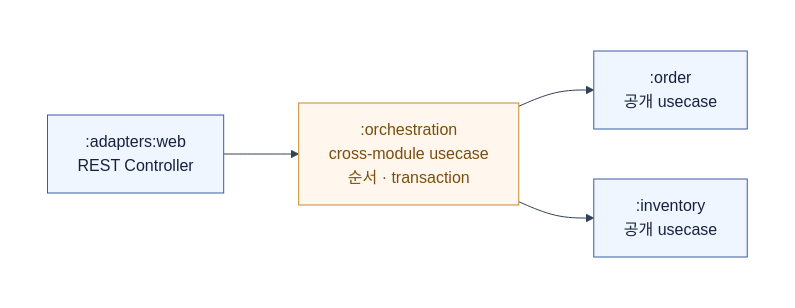
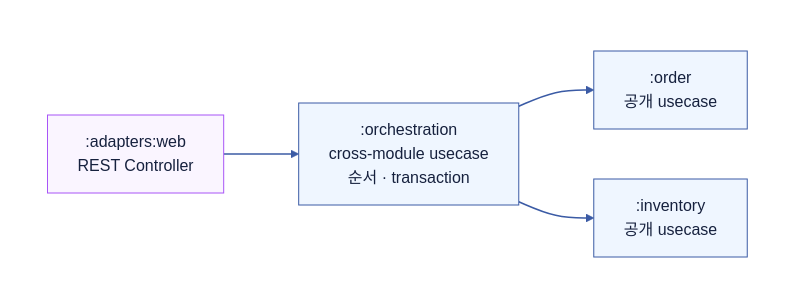
The second of 2 diagrams in system-design/2607-spring-멀티모듈-헥사고날-패키징.md (Hyune-s-lab/my-ai-study), drawn with Mermaid before and after one commit. The commit also changed other lines of this file and 28 other files, not shown here.

Commit message:
docs: Mermaid 호환성과 문서 가독성 개선

````diff
--- a/system-design/2607-spring-멀티모듈-헥사고날-패키징.md
+++ b/system-design/2607-spring-멀티모듈-헥사고날-패키징.md
@@ -587,25 +576,18 @@
 ```mermaid
----
-config:
-  theme: base
-  darkMode: false
-  themeVariables:
-    background: "#ffffff"
-    primaryTextColor: "#111827"
-    lineColor: "#334155"
-    edgeLabelBackground: "#ffffff"
----
 flowchart LR
+%%{init: {"theme": "base", "darkMode": false, "themeVariables": {"background": "#ffffff", "primaryColor": "#EFF6FF", "primaryTextColor": "#16213E", "primaryBorderColor": "#3B5BA5", "secondaryColor": "#F0FDF4", "tertiaryColor": "#FAF5FF", "lineColor": "#3B5BA5", "textColor": "#16213E", "edgeLabelBackground": "#ffffff", "clusterBkg": "#F8FAFC", "clusterBorder": "#CBD5E1"}}}%%
   subgraph canvas[" "]
     direction LR
     WEB[":adapters:web<br/>REST Controller"] --> ORCH[":orchestration<br/>cross-module usecase<br/>순서 · transaction"]
     ORCH --> ORDER[":order<br/>공개 usecase"]
     ORCH --> INV[":inventory<br/>공개 usecase"]
   end
-
+  style canvas fill:#ffffff,stroke:#ffffff,color:#111827
+  linkStyle default stroke:#3B5BA5,stroke-width:1.5px
   classDef app fill:#EFF6FF,stroke:#3B5BA5,stroke-width:1px,color:#16213E
-  classDef ctrl fill:#FFF7ED,stroke:#C98A2B,stroke-width:1px,color:#7A4E0A
-  class WEB,ORDER,INV app
-  class ORCH ctrl
-  style canvas fill:#ffffff,stroke:#ffffff,stroke-width:0px,color:#111827
+  class ORCH,ORDER,INV app
+  classDef db fill:#F0FDF4,stroke:#3F8E55,stroke-width:1px,color:#16213E
+  classDef policy fill:#FAF5FF,stroke:#A855F7,stroke-width:1px,color:#16213E
+  class WEB policy
+  classDef worker fill:#FFF7ED,stroke:#C98A2B,stroke-width:1px,color:#16213E
 ```
````
